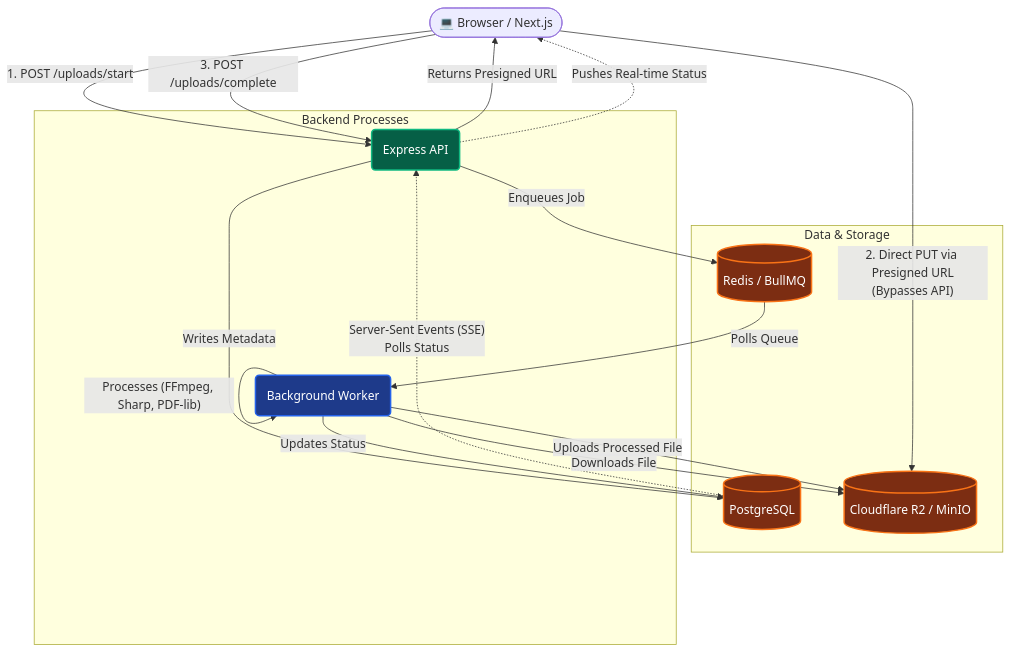
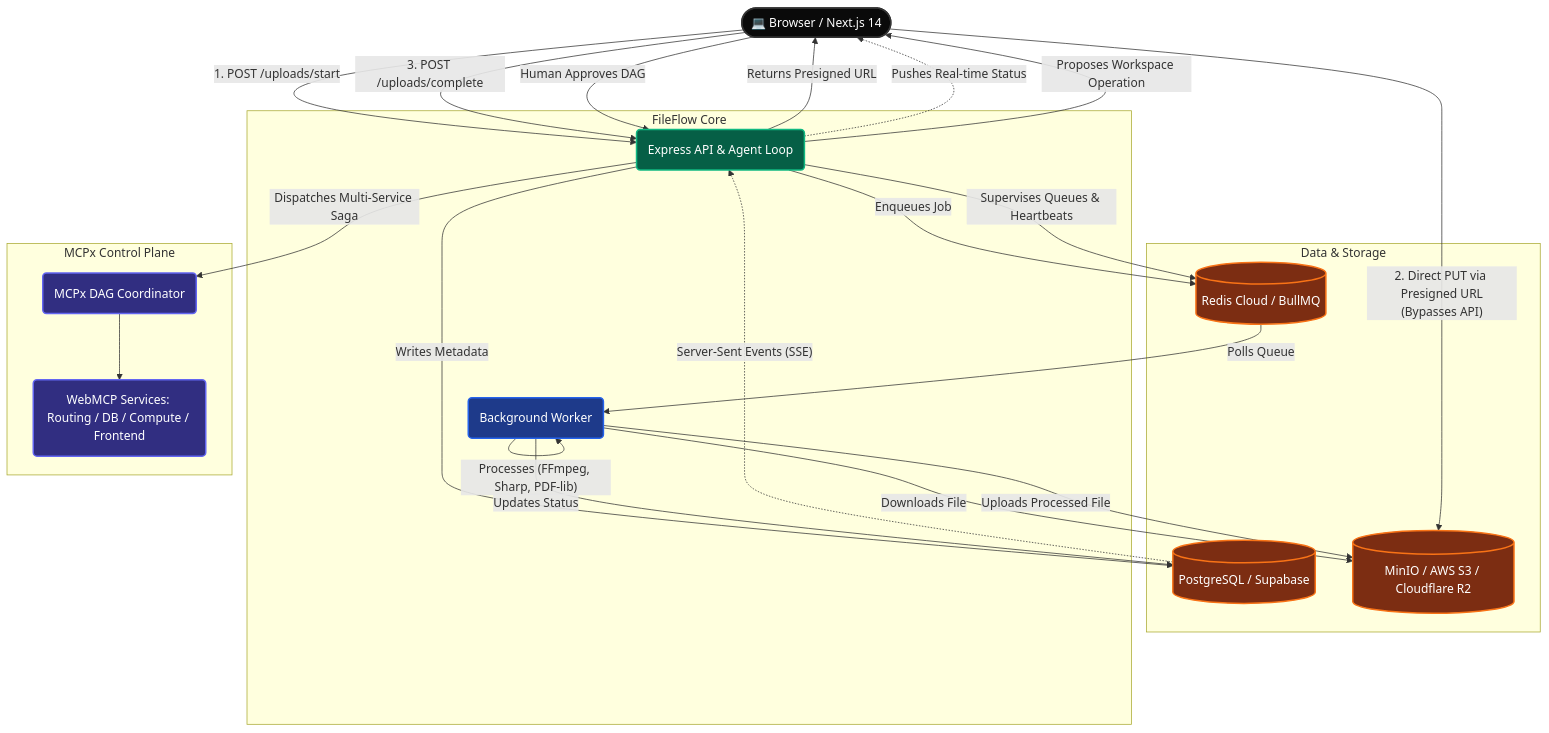
Before and after one commit to o1-spec/file-flow-test: the diagram in ARCHITECTURE.md, drawn with Mermaid. The commit also changed other lines of this file and 2 other files, not shown here.

Commit message:
docs: update README and ARCHITECTURE with live production URLs, Autonomous Operations Agent loop, and MCPx orchestration

````diff
--- a/ARCHITECTURE.md
+++ b/ARCHITECTURE.md
@@ -30,42 +32,54 @@
 ```mermaid
 flowchart TD
-    %% Formatting
-    classDef frontend fill:#000,stroke:#333,stroke-width:2px,color:#fff;
+    classDef frontend fill:#0a0a0a,stroke:#333,stroke-width:2px,color:#fff;
     classDef worker fill:#1e3a8a,stroke:#2563eb,stroke-width:2px,color:#fff;
     classDef api fill:#065f46,stroke:#10b981,stroke-width:2px,color:#fff;
     classDef db fill:#7c2d12,stroke:#f97316,stroke-width:2px,color:#fff;
+    classDef mcpx fill:#312e81,stroke:#6366f1,stroke-width:2px,color:#fff;
     
-    Client([💻 Browser / Next.js])
+    Client([💻 Browser / Next.js 14]):::frontend
 
     subgraph Data & Storage
-        DB[(PostgreSQL)]:::db
-        Redis[(Redis / BullMQ)]:::db
-        S3[(Cloudflare R2 / MinIO)]:::db
+        DB[(PostgreSQL / Supabase)]:::db
+        Redis[(Redis Cloud / BullMQ)]:::db
+        S3[(MinIO / AWS S3 / Cloudflare R2)]:::db
     end
 
-    subgraph Backend [Backend Processes]
-        API(Express API):::api
+    subgraph Backend [FileFlow Core]
+        API(Express API & Agent Loop):::api
         Worker(Background Worker):::worker
+    end
+
+    subgraph Orchestration [MCPx Control Plane]
+        MCPxCoordinator(MCPx DAG Coordinator):::mcpx
+        WebMCPServices(WebMCP Services: Routing / DB / Compute / Frontend):::mcpx
     end
 
     %% Client Interactions
     Client -- "1. POST /uploads/start" --> API
     API -- "Returns Presigned URL" --> Client
     Client -- "2. Direct PUT via Presigned URL\n(Bypasses API)" --> S3
     
     %% API to DB & Queue
     Client -- "3. POST /uploads/complete" --> API
     API -- "Writes Metadata" --> DB
     API -- "Enqueues Job" --> Redis
     
     %% Worker Processing
     Redis -- "Polls Queue" --> Worker
     Worker -- "Downloads File" --> S3
     Worker -- "Processes (FFmpeg, Sharp, PDF-lib)" --> Worker
     Worker -- "Uploads Processed File" --> S3
     Worker -- "Updates Status" --> DB
     
     %% Real-time updates
-    DB -. "Server-Sent Events (SSE)\nPolls Status" .-> API
+    DB -. "Server-Sent Events (SSE)" .-> API
     API -. "Pushes Real-time Status" .-> Client
+
+    %% Agent Supervision & MCPx
+    API -- "Supervises Queues & Heartbeats" --> Redis
+    API -- "Proposes Workspace Operation" --> Client
+    Client -- "Human Approves DAG" --> API
+    API -- "Dispatches Multi-Service Saga" --> MCPxCoordinator
+    MCPxCoordinator --> WebMCPServices
 ```
````
